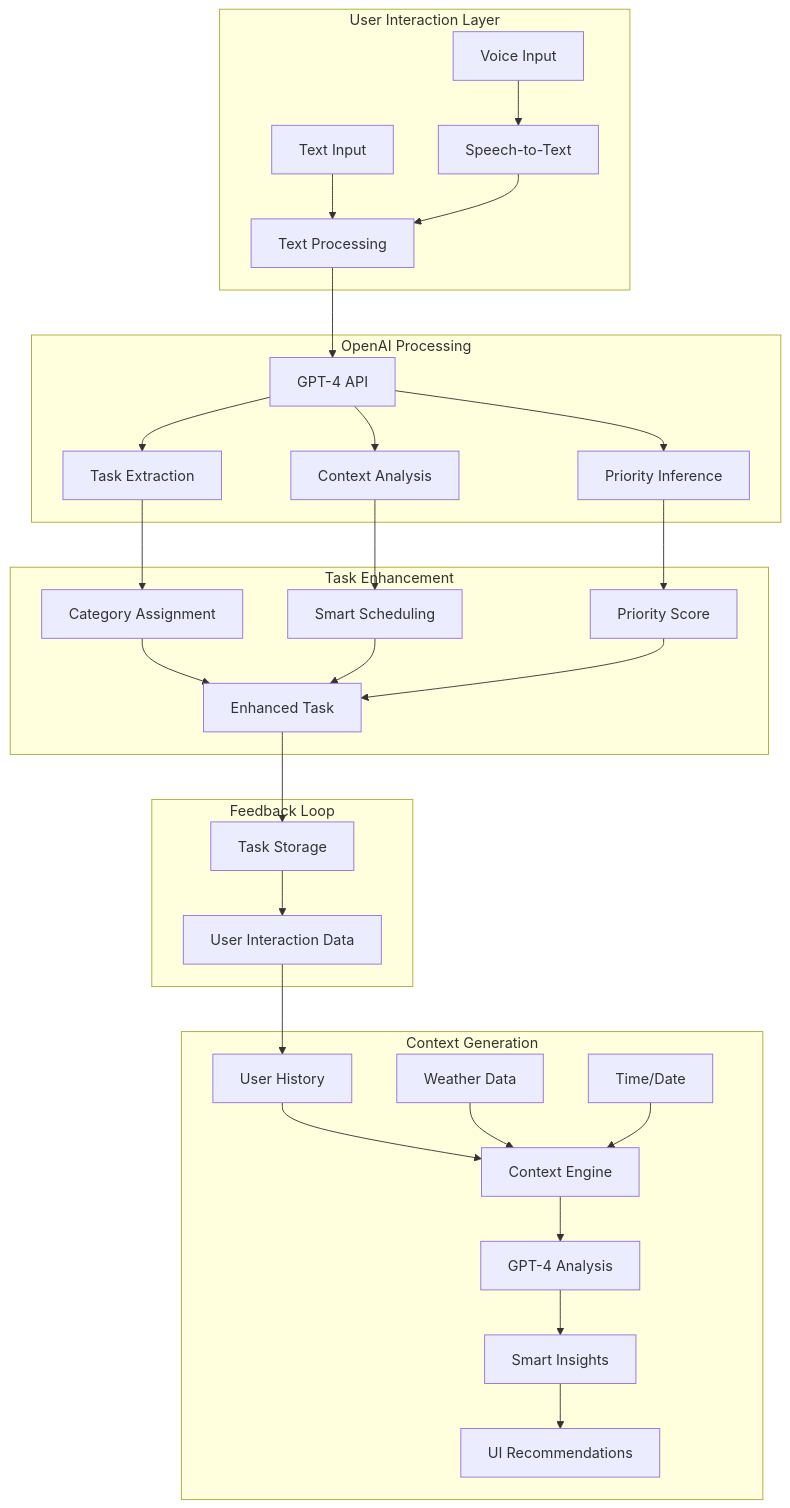
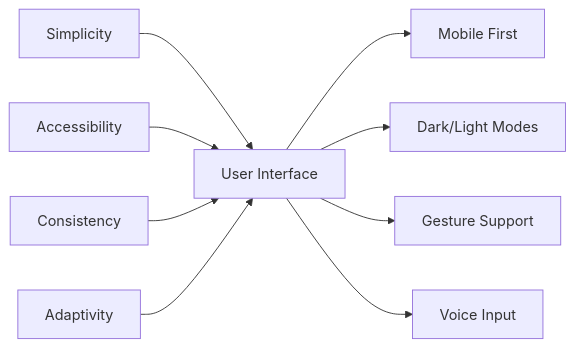
The sixth of 27 diagrams in report/design.md (MrABKhan/TaskEase_CM_3070), drawn with Mermaid before and after one commit. The commit also changed other lines of this file, not shown here.

Commit message:
🎨 Design: Made fine adjustments to UI design elements for better visual consistency

````diff
--- a/report/design.md
+++ b/report/design.md
@@ -176,41 +167,12 @@
 ```mermaid
-graph TD
-    subgraph "User Interaction Layer"
-        A[Voice Input] --> C[Speech-to-Text]
-        B[Text Input] --> D[Text Processing]
-        C --> D
-    end
+graph LR
+    A[Simplicity] --> E[User Interface]
+    B[Accessibility] --> E
+    C[Consistency] --> E
+    D[Adaptivity] --> E
     
-    subgraph "OpenAI Processing"
-        D --> E[GPT-4 API]
-        E --> F[Task Extraction]
-        E --> G[Context Analysis]
-        E --> H[Priority Inference]
-    end
-    
-    subgraph "Task Enhancement"
-        F --> I[Category Assignment]
-        G --> J[Smart Scheduling]
-        H --> K[Priority Score]
-        
-        I --> L[Enhanced Task]
-        J --> L
-        K --> L
-    end
-    
-    subgraph "Context Generation"
-        M[User History] --> N[Context Engine]
-        O[Weather Data] --> N
-        P[Time/Date] --> N
-        
-        N --> Q[GPT-4 Analysis]
-        Q --> R[Smart Insights]
-        R --> S[UI Recommendations]
-    end
-    
-    subgraph "Feedback Loop"
-        L --> T[Task Storage]
-        T --> U[User Interaction Data]
-        U --> M
-    end
+    E --> F[Mobile First]
+    E --> G[Dark/Light Modes]
+    E --> H[Gesture Support]
+    E --> I[Voice Input]
 ```
````
